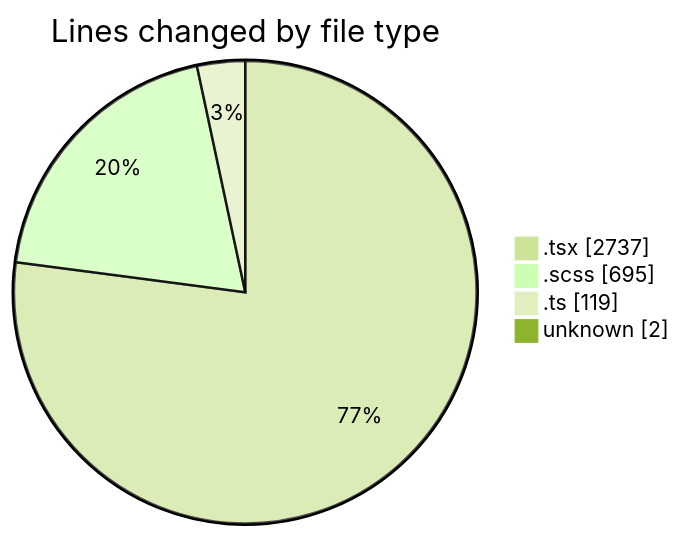
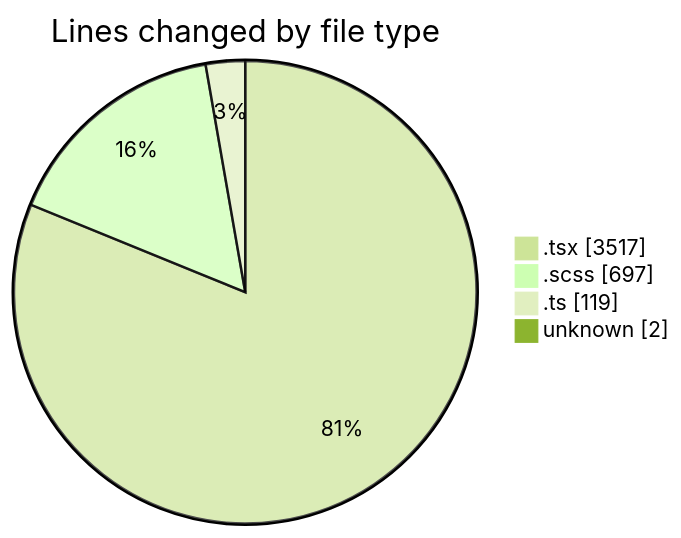
One commit to momahboobian/code-tracking changed the first of 2 diagrams in 2025-06-13/cda/README.md. Above: the diagram before and after it, drawn with Mermaid (forest theme). The commit also changed other lines of this file and 1 other file, not shown here.

````diff
--- a/2025-06-13/cda/README.md
+++ b/2025-06-13/cda/README.md
@@ -33,8 +35,8 @@
 ```mermaid
 pie showData
 title Lines changed by file type
-".tsx" : 2737
-".scss" : 695
+".tsx" : 3517
+".scss" : 697
 ".ts" : 119
 "unknown" : 2
 ```
````
